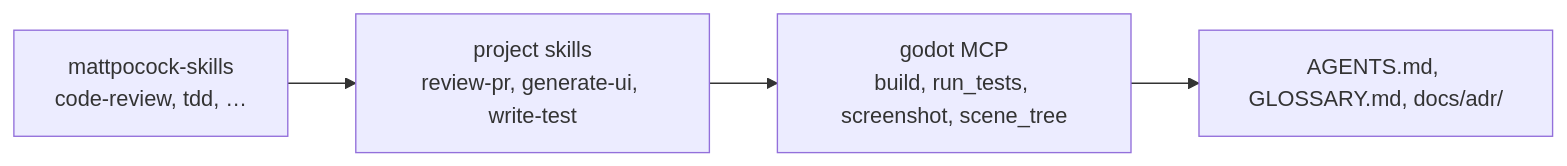
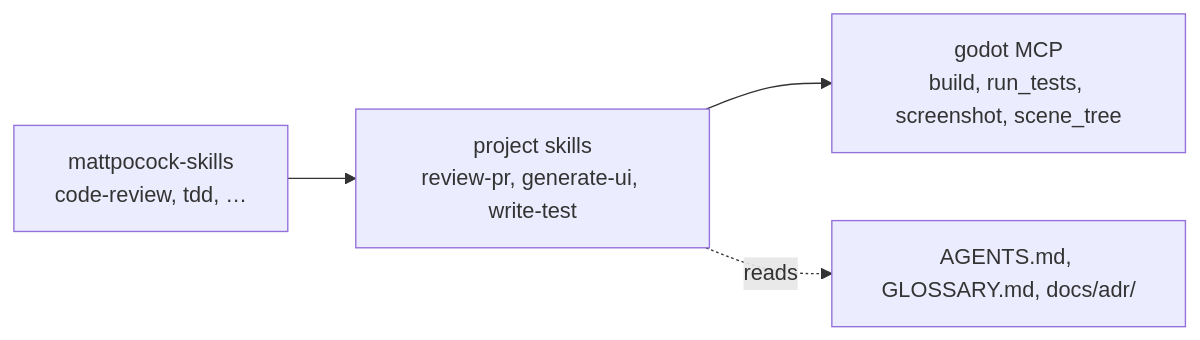
Before and after one commit to pyrozhok/Starter-Kit-City-Builder: the diagram in README.md, drawn with Mermaid.

Commit message:
docs(readme): dotted "reads" edge to AGENTS.md, GLOSSARY.md and docs/adr in the diagram
They are context the skills read, not a downstream stage.

````diff
--- a/README.md
+++ b/README.md
@@ -9,6 +9,6 @@
 ```mermaid
 flowchart LR
   A["mattpocock-skills<br/>code-review, tdd, …"] --> B["project skills<br/>review-pr, generate-ui, write-test"]
   B --> C["godot MCP<br/>build, run_tests, screenshot, scene_tree"]
-  C --> D["AGENTS.md, GLOSSARY.md, docs/adr/"]
+  B -. reads .-> D["AGENTS.md, GLOSSARY.md, docs/adr/"]
 ```
````
